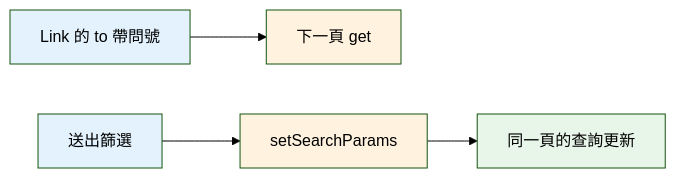
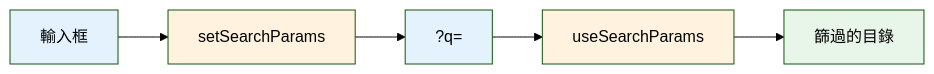
The eighth of 9 diagrams in source/_posts/lokiTech-15day-11-react-router.md (summer10920/summer10920.github.io), drawn with Mermaid (forest theme) before and after one commit. The commit also changed other lines of this file, not shown here.

```diff
--- a/source/_posts/lokiTech-15day-11-react-router.md
+++ b/source/_posts/lokiTech-15day-11-react-router.md
@@ -952,10 +1554,11 @@
 {% mermaid graph LR %}
-  linkNode["Link 的 to 帶問號"] --> readNode["下一頁 get"]
-  formNode["送出篩選"] --> setNode["setSearchParams"]
-  setNode --> sameNode["同一頁的查詢更新"]
-  style linkNode fill:#e3f2fd
+  inputNode["輸入框"] --> setNode["setSearchParams"]
+  setNode --> urlNode["?q="]
+  urlNode --> readNode["useSearchParams"]
+  readNode --> listNode["篩過的目錄"]
+  style inputNode fill:#e3f2fd
+  style setNode fill:#fff3e0
+  style urlNode fill:#e3f2fd
   style readNode fill:#fff3e0
-  style formNode fill:#e3f2fd
-  style setNode fill:#fff3e0
-  style sameNode fill:#e8f5e9
+  style listNode fill:#e8f5e9
 {% endmermaid %}
```
